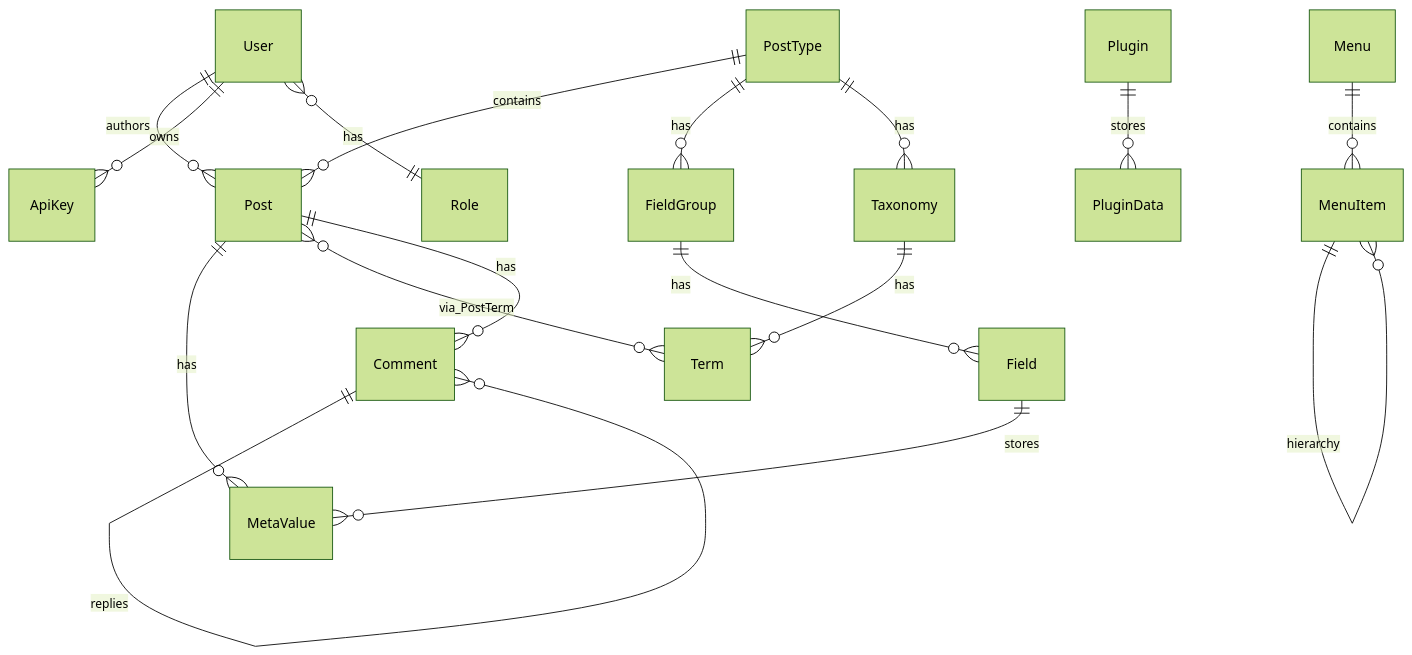
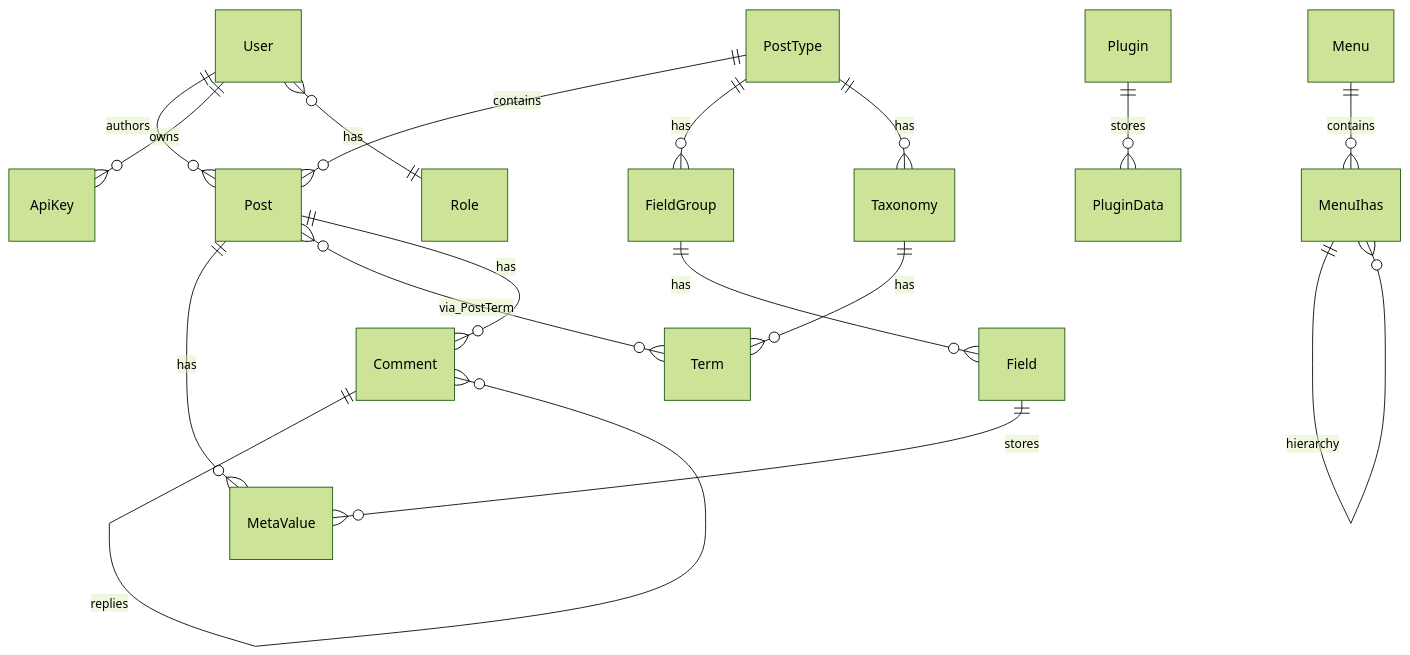
The diagram in specs/architecture/database-design.md (JudahAragao/blacklotuscms), drawn with Mermaid (forest theme) before and after one commit. The commit also changed other lines of this file and 59 other files, not shown here.

````diff
--- a/specs/architecture/database-design.md
+++ b/specs/architecture/database-design.md
@@ -12,19 +12,19 @@
 ```mermaid
 erDiagram
     User ||--o{ Post : authors
     User ||--o{ ApiKey : owns
     User }o--|| Role : has
     PostType ||--o{ Post : contains
     PostType ||--o{ FieldGroup : has
     PostType ||--o{ Taxonomy : has
     FieldGroup ||--o{ Field : has
     Post ||--o{ MetaValue : has
     Field ||--o{ MetaValue : stores
     Taxonomy ||--o{ Term : has
     Post }o--o{ Term : via_PostTerm
     Post ||--o{ Comment : has
     Comment ||--o{ Comment : replies
     Plugin ||--o{ PluginData : stores
-    Menu ||--o{ MenuItem : contains
-    MenuItem ||--o{ MenuItem : hierarchy
+    Menu ||--o{ MenuIhas : contains
+    MenuIhas ||--o{ MenuIhas : hierarchy
 ```
````
